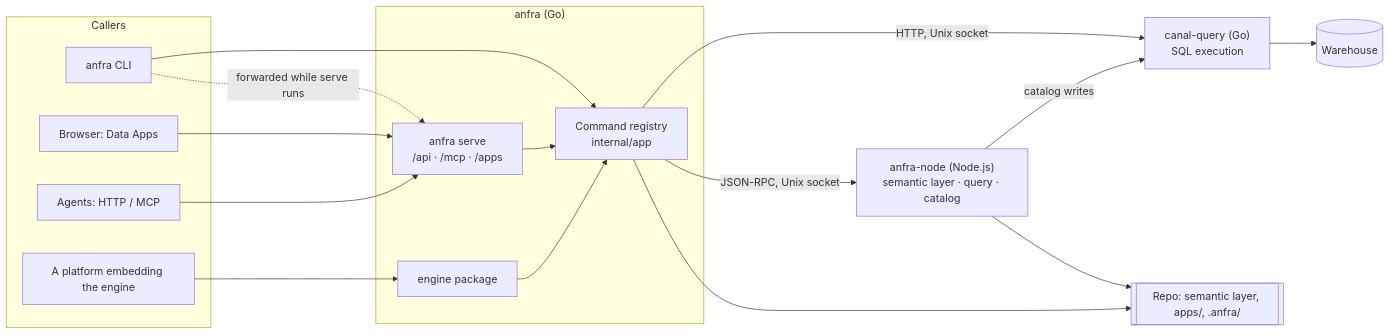
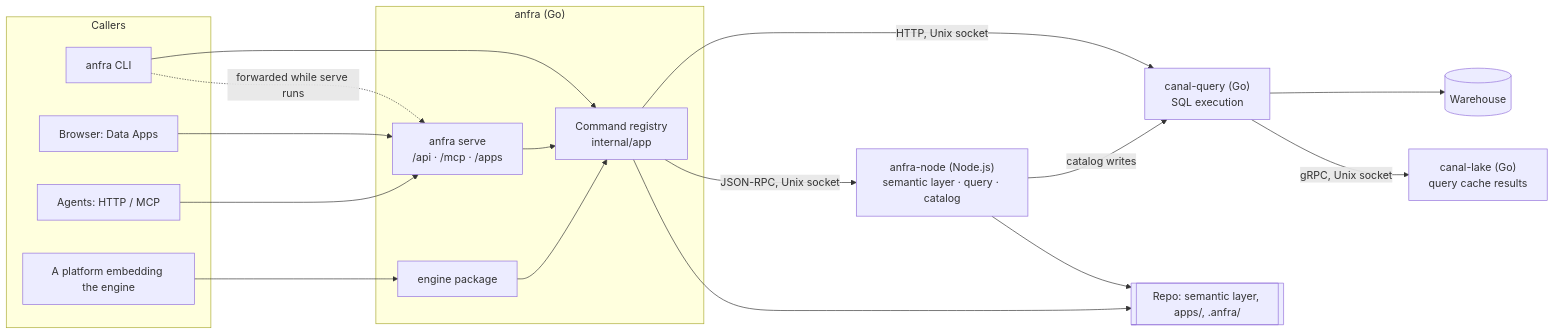
One commit to holistics/anfra changed the diagram in docs/designs/architecture.md. Above: the diagram before and after it, drawn with Mermaid. The commit also changed other lines of this file and 7 other files, not shown here.

Commit message:
docs: update docs to include canal-lake sidecar

````diff
--- a/docs/designs/architecture.md
+++ b/docs/designs/architecture.md
@@ -19,32 +22,34 @@
 ```mermaid
 flowchart LR
   subgraph callers[Callers]
     cli[anfra CLI]
     browser[Browser: Data Apps]
     agent[Agents: HTTP / MCP]
     platform[A platform embedding the engine]
   end
   subgraph anfra["anfra (Go)"]
     reg["Command registry<br/>internal/app"]
     serve["anfra serve<br/>/api · /mcp · /apps"]
     engine["engine package"]
   end
   node["anfra-node (Node.js)<br/>semantic layer · query · catalog"]
   canal["canal-query (Go)<br/>SQL execution"]
+  lake["canal-lake (Go)<br/>query cache results"]
   wh[(Warehouse)]
   repo[["Repo: semantic layer, apps/, .anfra/"]]
 
   cli --> reg
   cli -. forwarded while serve runs .-> serve
   browser --> serve
   agent --> serve
   platform --> engine
   serve --> reg
   engine --> reg
   reg -->|JSON-RPC, Unix socket| node
   reg -->|HTTP, Unix socket| canal
   node -->|catalog writes| canal
   canal --> wh
+  canal -->|gRPC, Unix socket| lake
   node --> repo
   reg --> repo
 ```
````
